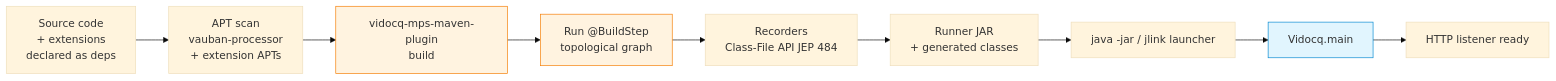
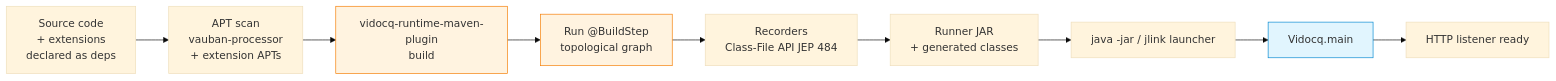
The first of 2 diagrams in docs/en/modules/ROOT/pages/internals.adoc (vidocq-stack/vidocq), drawn with Mermaid (base theme) before and after one commit. The commit also changed other lines of this file and 330 other files, not shown here.

First line of the commit message:
refactor: rename vidocq-mps → vidocq, package io.vidocq.runtime

```diff
--- a/docs/en/modules/ROOT/pages/internals.adoc
+++ b/docs/en/modules/ROOT/pages/internals.adoc
@@ -9,16 +9,16 @@
 [mermaid]
 ....
 flowchart LR
     SRC[Source code<br/>+ extensions<br/>declared as deps] --> APT[APT scan<br/>vauban-processor<br/>+ extension APTs]
-    APT --> PLUGIN[vidocq-mps-maven-plugin<br/>build]
+    APT --> PLUGIN[vidocq-runtime-maven-plugin<br/>build]
     PLUGIN --> BUILDSTEPS[Run @BuildStep<br/>topological graph]
     BUILDSTEPS --> RECORDERS[Recorders<br/>Class-File API JEP 484]
     RECORDERS --> JAR[Runner JAR<br/>+ generated classes]
     JAR --> JAVA[java -jar / jlink launcher]
     JAVA --> BOOT[Vidocq.main]
     BOOT --> READY[HTTP listener ready]
 
     style PLUGIN fill:#fff3e0,stroke:#f57c00
     style BUILDSTEPS fill:#fff3e0,stroke:#f57c00
     style BOOT fill:#e1f5fe,stroke:#0288d1
 ....
```
